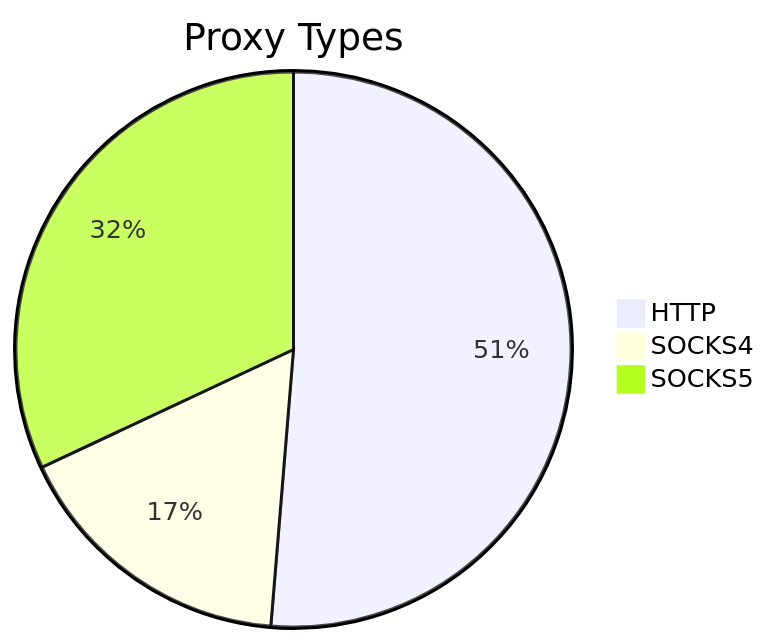
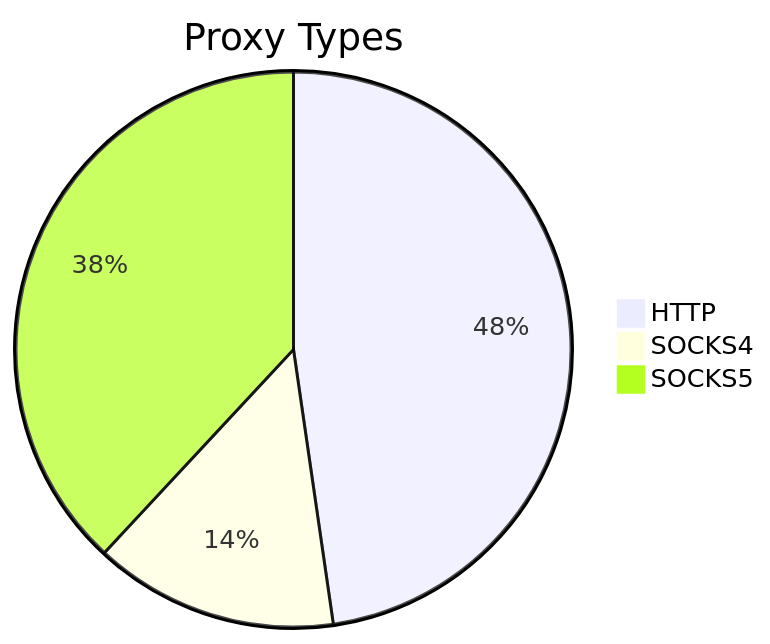
Before and after one commit to stormsia/proxy-list: the first of 2 diagrams in README.md, drawn with Mermaid. The commit also changed other lines of this file, not shown here.

````diff
--- a/README.md
+++ b/README.md
@@ -21,6 +21,6 @@
 ```mermaid
 pie title Proxy Types
-    "HTTP" : 138
-    "SOCKS4" : 45
-    "SOCKS5" : 86
+    "HTTP" : 104
+    "SOCKS4" : 31
+    "SOCKS5" : 83
 ```
````
